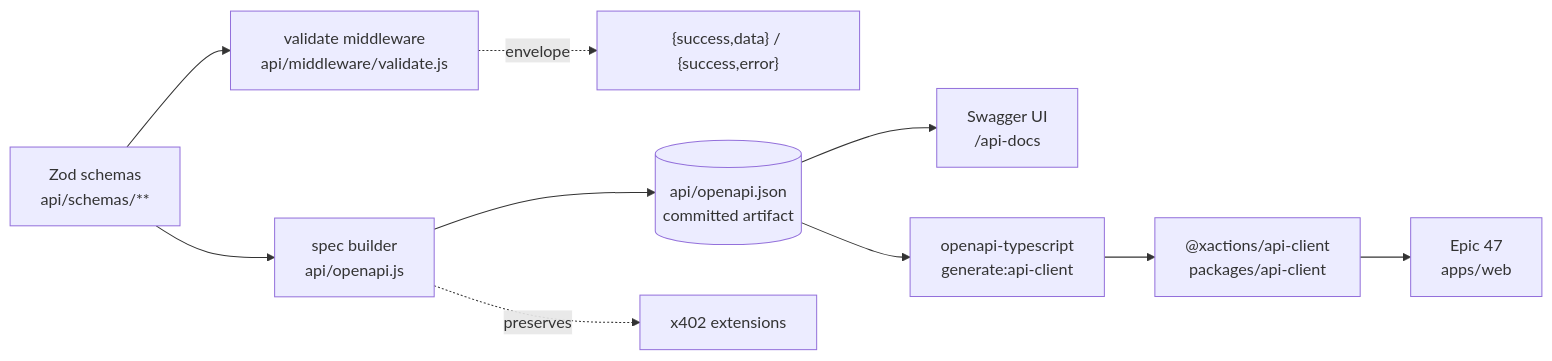
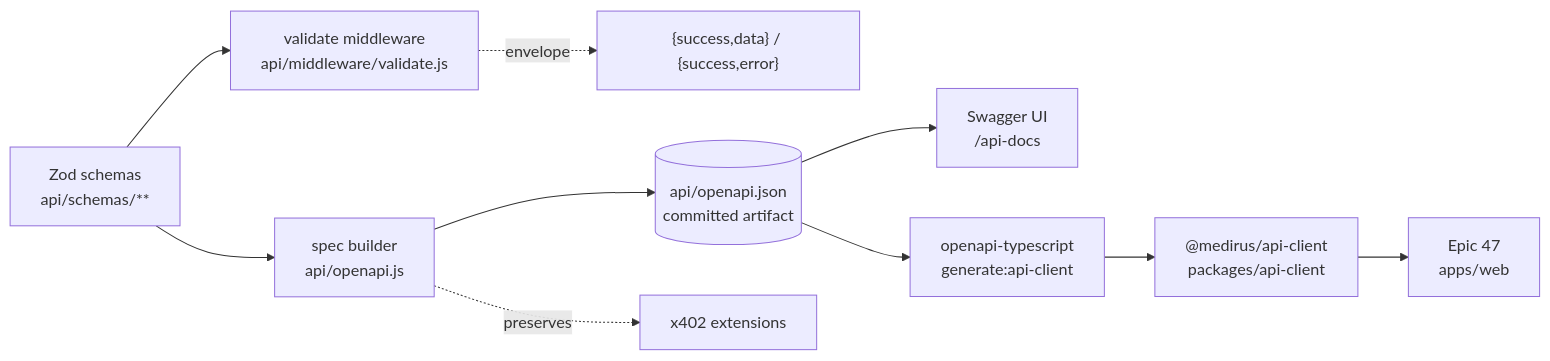
One commit to deptrai/XActions changed the diagram in _bmad-output/planning-artifacts/architecture/medirus-api-contract-epic46/ARCHITECTURE-SPINE.md. Above: the diagram before and after it, drawn with Mermaid. The commit also changed other lines of this file and 2613 other files, not shown here.

First line of the commit message:
chore(rename): XActions -> medirus content bulk replace (phase 2/2)

````diff
--- a/_bmad-output/planning-artifacts/architecture/medirus-api-contract-epic46/ARCHITECTURE-SPINE.md
+++ b/_bmad-output/planning-artifacts/architecture/medirus-api-contract-epic46/ARCHITECTURE-SPINE.md
@@ -22,12 +22,12 @@
 ```mermaid
 flowchart LR
   Z[Zod schemas<br/>api/schemas/**] --> V[validate middleware<br/>api/middleware/validate.js]
   Z --> G[spec builder<br/>api/openapi.js]
   G --> J[(api/openapi.json<br/>committed artifact)]
   J --> UI[Swagger UI<br/>/api-docs]
   J --> GEN[openapi-typescript<br/>generate:api-client]
-  GEN --> PKG["@xactions/api-client<br/>packages/api-client"]
+  GEN --> PKG["@medirus/api-client<br/>packages/api-client"]
   PKG --> WEB[Epic 47<br/>apps/web]
   V -.envelope.-> E["{success,data} / {success,error}"]
   G -.preserves.-> X[x402 extensions]
 ```
````
